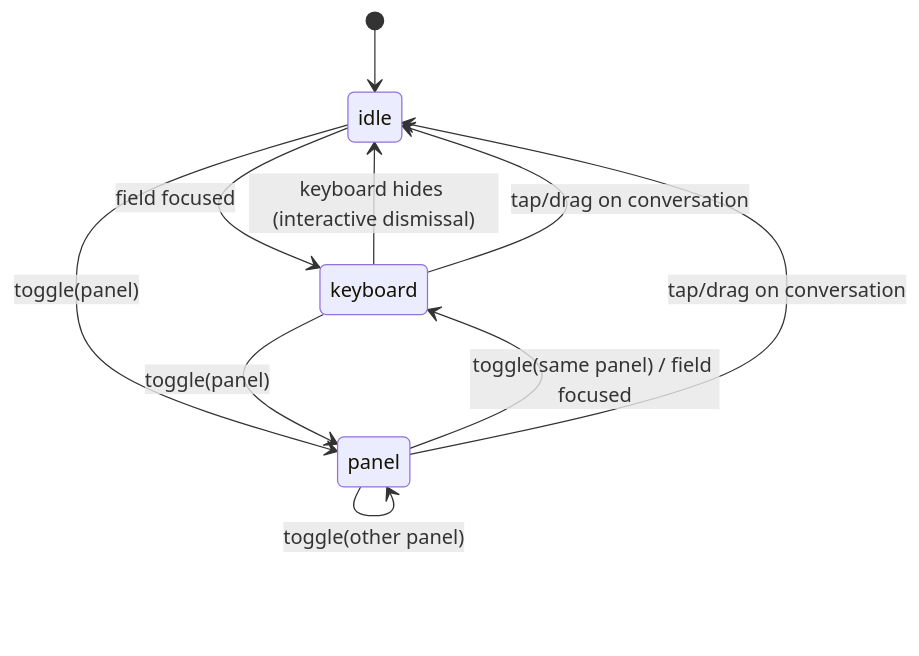
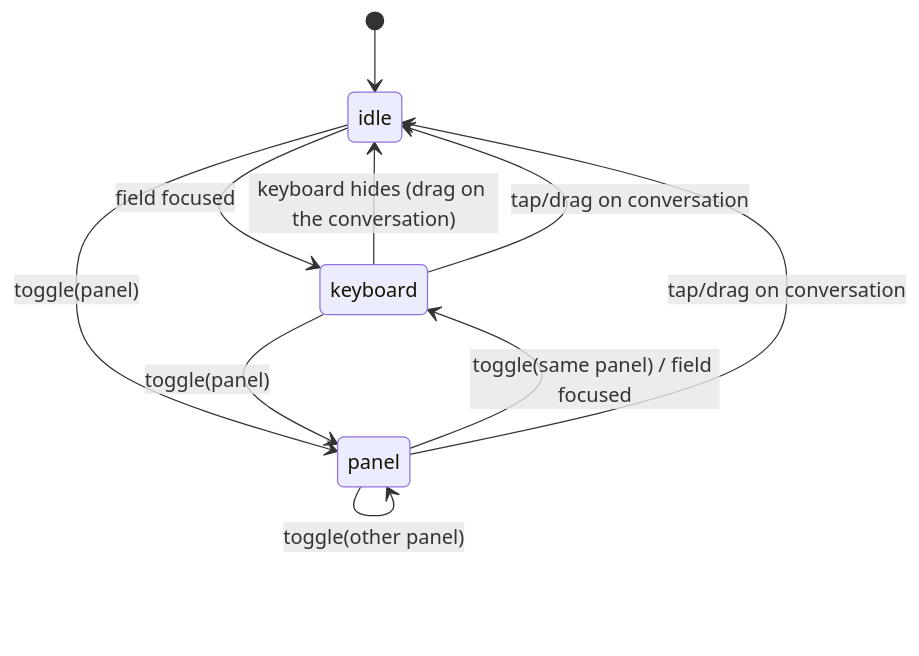
One commit to evan1ee/halo changed the diagram in docs/features/COMPOSER_PANELS.md. Above: the diagram before and after it, drawn with Mermaid. The commit also changed other lines of this file and 29 other files, not shown here.

````diff
--- a/docs/features/COMPOSER_PANELS.md
+++ b/docs/features/COMPOSER_PANELS.md
@@ -35,12 +36,12 @@
 ```mermaid
 stateDiagram-v2
   [*] --> idle
   idle --> keyboard: field focused
   idle --> panel: toggle(panel)
   keyboard --> panel: toggle(panel)
   panel --> keyboard: toggle(same panel) / field focused
   panel --> panel: toggle(other panel)
-  keyboard --> idle: keyboard hides (interactive dismissal)
+  keyboard --> idle: keyboard hides (drag on the conversation)
   panel --> idle: tap/drag on conversation
   keyboard --> idle: tap/drag on conversation
 ```
````
